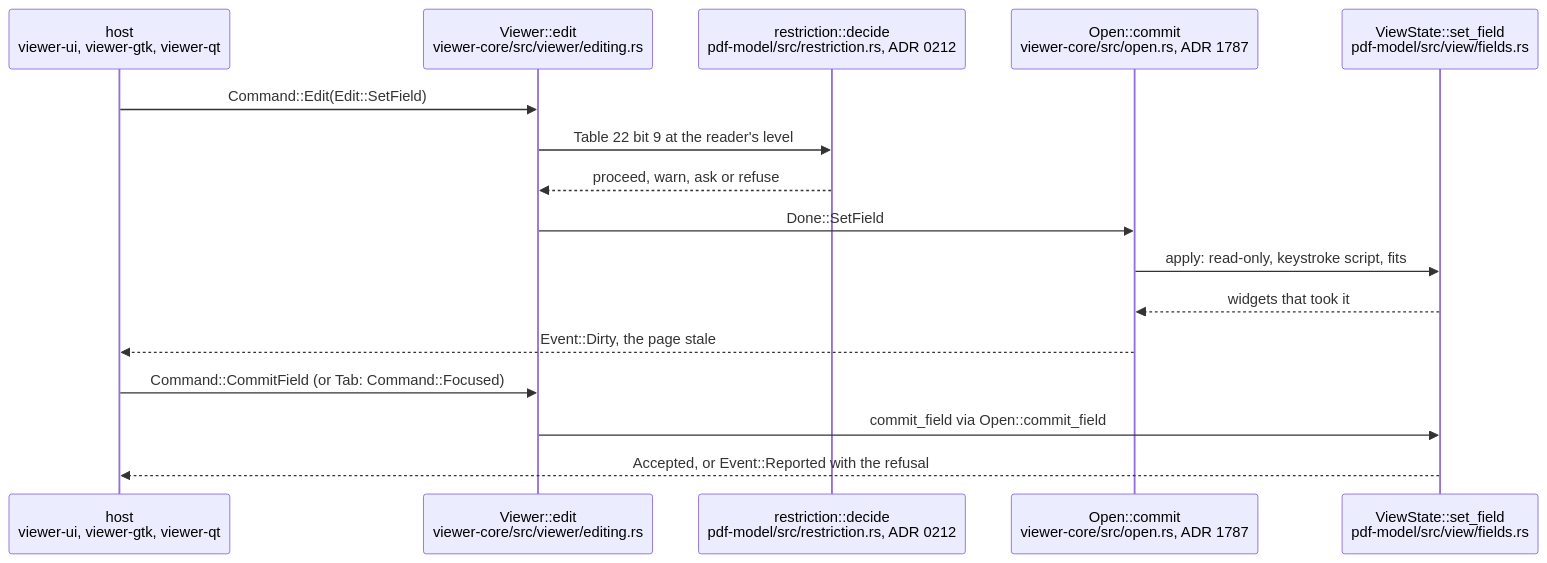
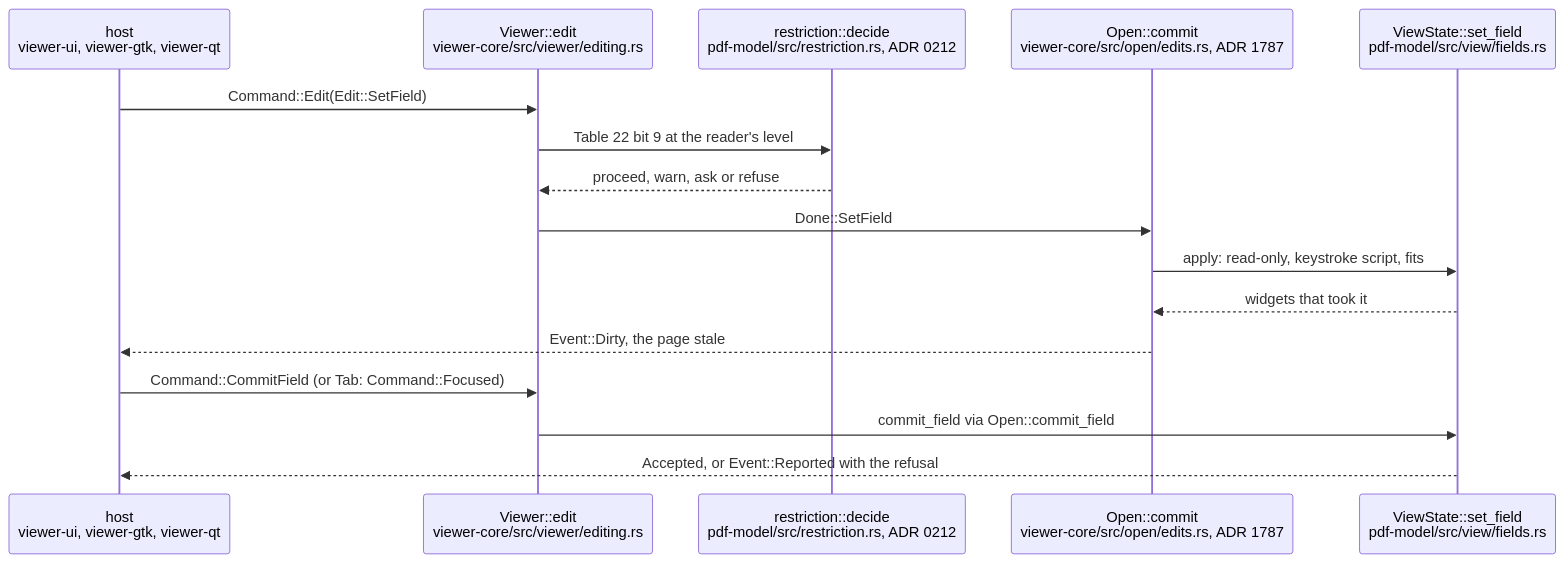
One commit to close2/pdf-viewer changed the fourth of 7 diagrams in doc/teaching/how-a-form-field-is-filled.md. Above: the diagram before and after it, drawn with Mermaid. The commit also changed other lines of this file and 129 other files, not shown here.

````diff
--- a/doc/teaching/how-a-form-field-is-filled.md
+++ b/doc/teaching/how-a-form-field-is-filled.md
@@ -275,19 +275,19 @@
 ```mermaid
 sequenceDiagram
     participant H as host<br/>viewer-ui, viewer-gtk, viewer-qt
     participant E as Viewer::edit<br/>viewer-core/src/viewer/editing.rs
     participant P as restriction::decide<br/>pdf-model/src/restriction.rs, ADR 0212
-    participant O as Open::commit<br/>viewer-core/src/open.rs, ADR 1787
+    participant O as Open::commit<br/>viewer-core/src/open/edits.rs, ADR 1787
     participant V as ViewState::set_field<br/>pdf-model/src/view/fields.rs
 
     H->>E: Command::Edit(Edit::SetField)
     E->>P: Table 22 bit 9 at the reader's level
     P-->>E: proceed, warn, ask or refuse
     E->>O: Done::SetField
     O->>V: apply: read-only, keystroke script, fits
     V-->>O: widgets that took it
     O-->>H: Event::Dirty, the page stale
     H->>E: Command::CommitField (or Tab: Command::Focused)
     E->>V: commit_field via Open::commit_field
     V-->>H: Accepted, or Event::Reported with the refusal
 ```
````
